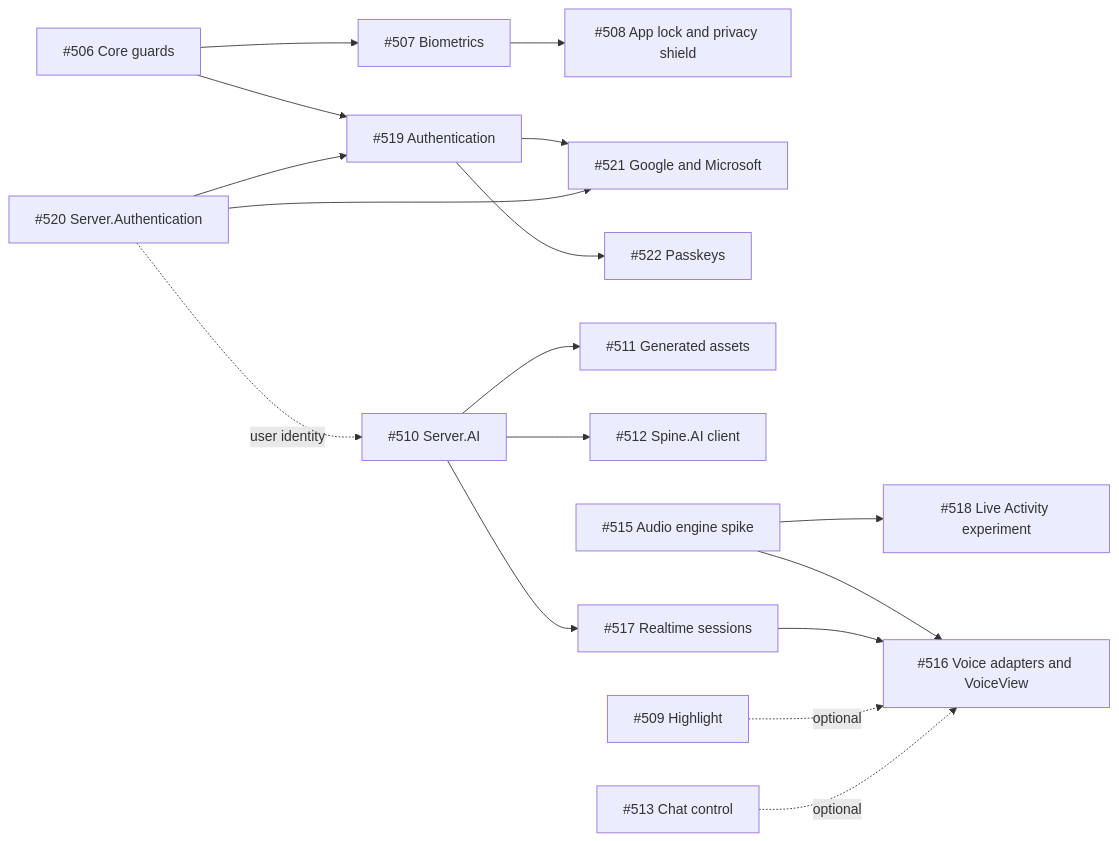
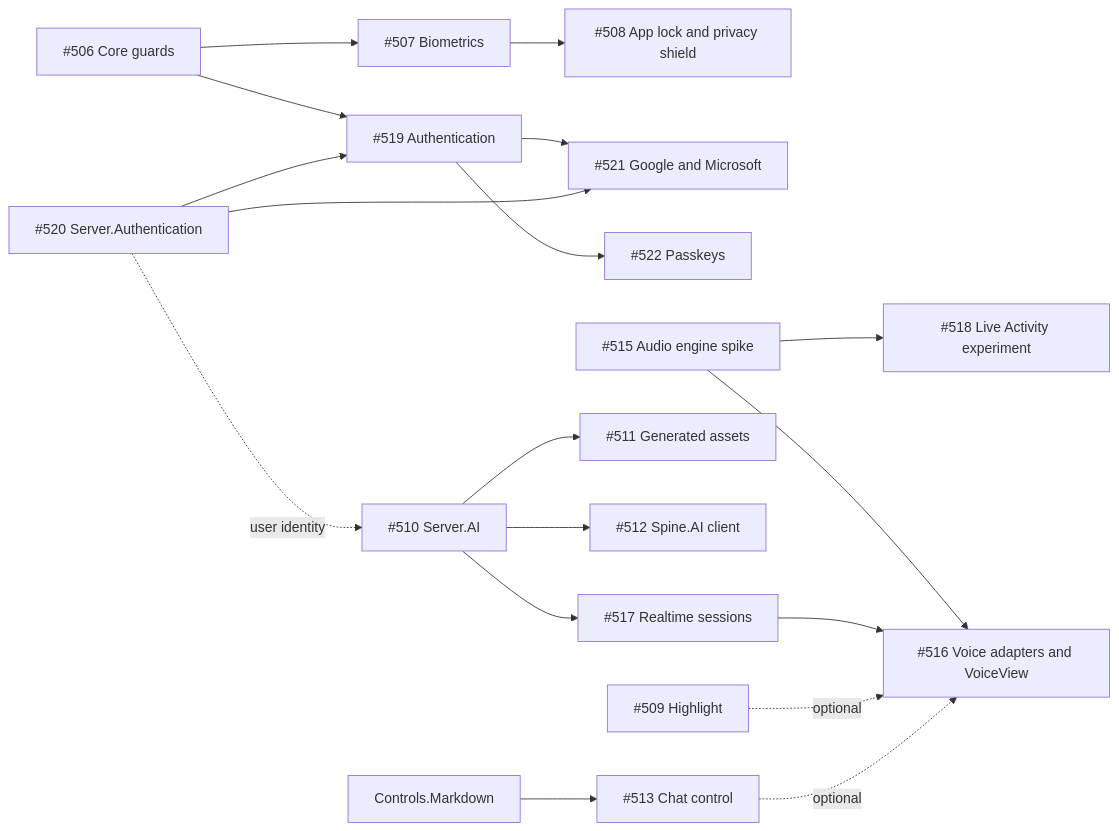
One commit to jonatansoderberg/Maui.Spine changed the diagram in docs/plans/ai-and-security.md. Above: the diagram before and after it, drawn with Mermaid. The commit also changed other lines of this file and 5 other files, not shown here.

First line of the commit message:
Roadmap: record the owner's answers to the 31 open questions

````diff
--- a/docs/plans/ai-and-security.md
+++ b/docs/plans/ai-and-security.md
@@ -59,19 +61,20 @@
 ```mermaid
 graph LR
   G[#506 Core guards] --> BIO[#507 Biometrics]
   BIO --> LOCK[#508 App lock and privacy shield]
   G --> AUTH[#519 Authentication]
   SA[#520 Server.Authentication] --> AUTH
   AUTH --> GM[#521 Google and Microsoft]
   SA --> GM
   AUTH --> PK[#522 Passkeys]
+  MD[Controls.Markdown] --> CHAT
   AI[#510 Server.AI] --> ASSET[#511 Generated assets]
   AI --> CL[#512 Spine.AI client]
   AI --> RT[#517 Realtime sessions]
   VE[#515 Audio engine spike] --> VO[#516 Voice adapters and VoiceView]
   RT --> VO
   VE --> LA[#518 Live Activity experiment]
   HL[#509 Highlight] -.optional.-> VO
   CHAT[#513 Chat control] -.optional.-> VO
   SA -.user identity.-> AI
 ```
````
